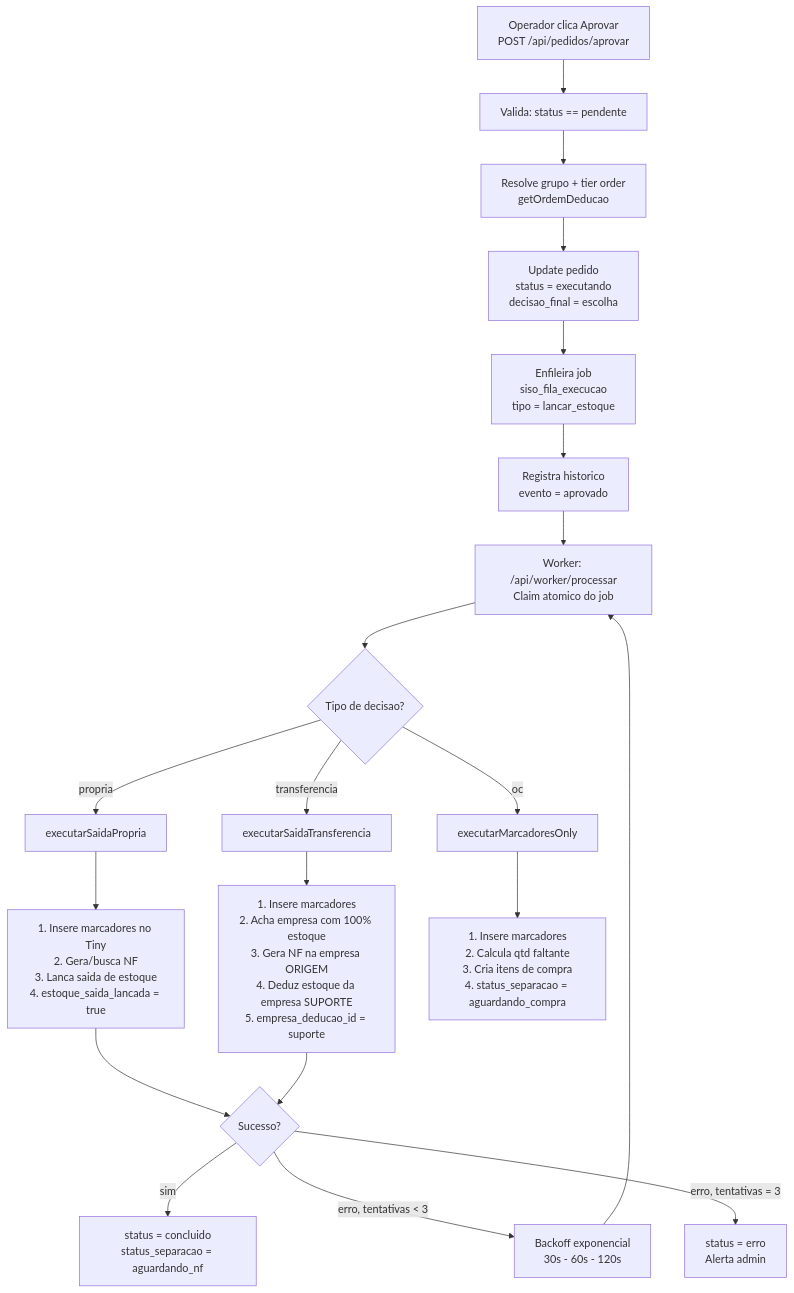
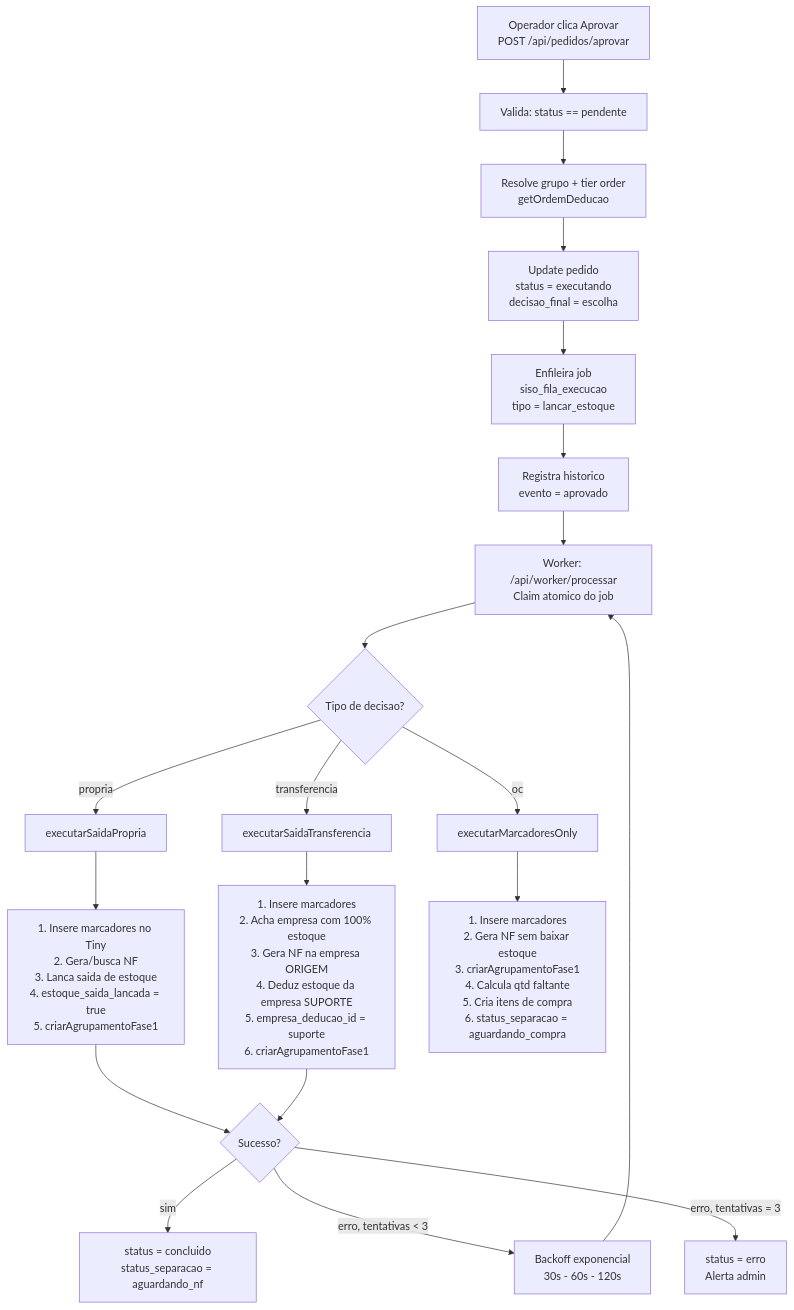
The third of 17 diagrams in docs/fluxos-siso.md (Eryk-dev/estoquelever), drawn with Mermaid before and after one commit. The commit also changed other lines of this file and 4 other files, not shown here.

````diff
--- a/docs/fluxos-siso.md
+++ b/docs/fluxos-siso.md
@@ -118,32 +122,32 @@
 ```mermaid
 flowchart TD
     A["Operador clica Aprovar<br/>POST /api/pedidos/aprovar"] --> B["Valida: status == pendente"]
     B --> C["Resolve grupo + tier order<br/>getOrdemDeducao"]
     C --> D["Update pedido<br/>status = executando<br/>decisao_final = escolha"]
 
     D --> E["Enfileira job<br/>siso_fila_execucao<br/>tipo = lancar_estoque"]
     E --> F["Registra historico<br/>evento = aprovado"]
 
     F --> G["Worker: /api/worker/processar<br/>Claim atomico do job"]
 
     G --> H{"Tipo de decisao?"}
 
     H -->|propria| I["executarSaidaPropria"]
     H -->|transferencia| J["executarSaidaTransferencia"]
     H -->|oc| K["executarMarcadoresOnly"]
 
-    I --> L["1. Insere marcadores no Tiny<br/>2. Gera/busca NF<br/>3. Lanca saida de estoque<br/>4. estoque_saida_lancada = true"]
+    I --> L["1. Insere marcadores no Tiny<br/>2. Gera/busca NF<br/>3. Lanca saida de estoque<br/>4. estoque_saida_lancada = true<br/>5. criarAgrupamentoFase1"]
 
-    J --> M["1. Insere marcadores<br/>2. Acha empresa com 100% estoque<br/>3. Gera NF na empresa ORIGEM<br/>4. Deduz estoque da empresa SUPORTE<br/>5. empresa_deducao_id = suporte"]
+    J --> M["1. Insere marcadores<br/>2. Acha empresa com 100% estoque<br/>3. Gera NF na empresa ORIGEM<br/>4. Deduz estoque da empresa SUPORTE<br/>5. empresa_deducao_id = suporte<br/>6. criarAgrupamentoFase1"]
 
-    K --> N["1. Insere marcadores<br/>2. Calcula qtd faltante<br/>3. Cria itens de compra<br/>4. status_separacao = aguardando_compra"]
+    K --> N["1. Insere marcadores<br/>2. Gera NF sem baixar estoque<br/>3. criarAgrupamentoFase1<br/>4. Calcula qtd faltante<br/>5. Cria itens de compra<br/>6. status_separacao = aguardando_compra"]
 
     L --> O{"Sucesso?"}
     M --> O
 
     O -->|sim| P["status = concluido<br/>status_separacao = aguardando_nf"]
     O -->|"erro, tentativas < 3"| Q["Backoff exponencial<br/>30s - 60s - 120s"]
     O -->|"erro, tentativas = 3"| R["status = erro<br/>Alerta admin"]
 
     Q --> G
 ```
````
